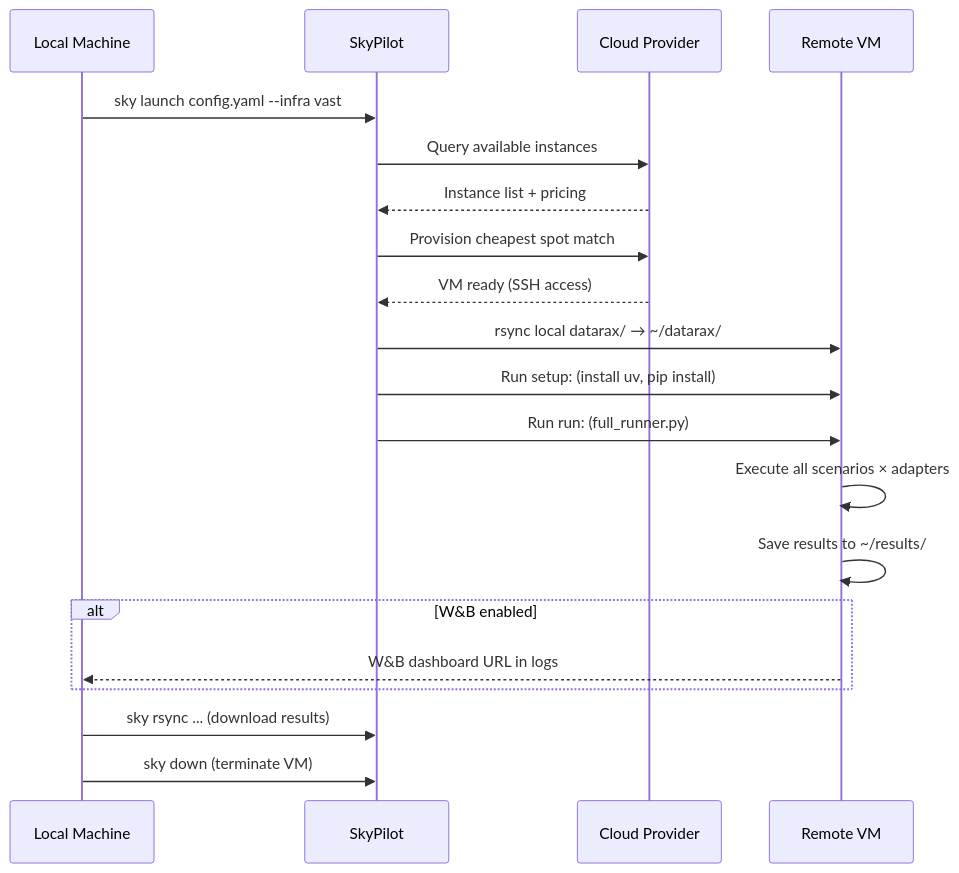
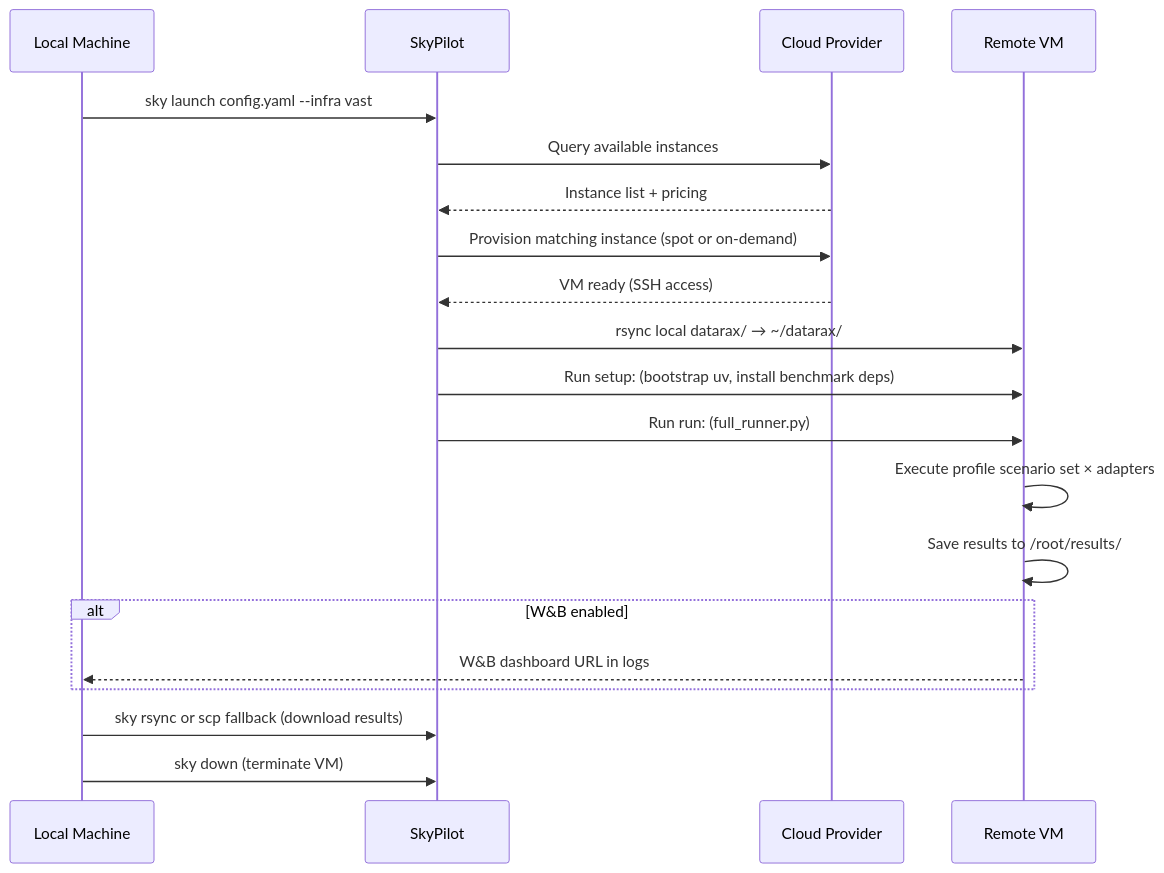
Before and after one commit to avitai/datarax: the diagram in docs/benchmarks/cloud.md, drawn with Mermaid. The commit also changed other lines of this file and 472 other files, not shown here.

````diff
--- a/docs/benchmarks/cloud.md
+++ b/docs/benchmarks/cloud.md
@@ -135,23 +255,23 @@
 ```mermaid
 sequenceDiagram
     participant You as Local Machine
     participant Sky as SkyPilot
     participant Cloud as Cloud Provider
     participant VM as Remote VM
 
     You->>Sky: sky launch config.yaml --infra vast
     Sky->>Cloud: Query available instances
     Cloud-->>Sky: Instance list + pricing
-    Sky->>Cloud: Provision cheapest spot match
+    Sky->>Cloud: Provision matching instance (spot or on-demand)
     Cloud-->>Sky: VM ready (SSH access)
     Sky->>VM: rsync local datarax/ → ~/datarax/
-    Sky->>VM: Run setup: (install uv, pip install)
+    Sky->>VM: Run setup: (bootstrap uv, install benchmark deps)
     Sky->>VM: Run run: (full_runner.py)
-    VM->>VM: Execute all scenarios × adapters
-    VM->>VM: Save results to ~/results/
+    VM->>VM: Execute profile scenario set × adapters
+    VM->>VM: Save results to /root/results/
     alt W&B enabled
         VM-->>You: W&B dashboard URL in logs
     end
-    You->>Sky: sky rsync ... (download results)
+    You->>Sky: sky rsync or scp fallback (download results)
     You->>Sky: sky down (terminate VM)
 ```
````
